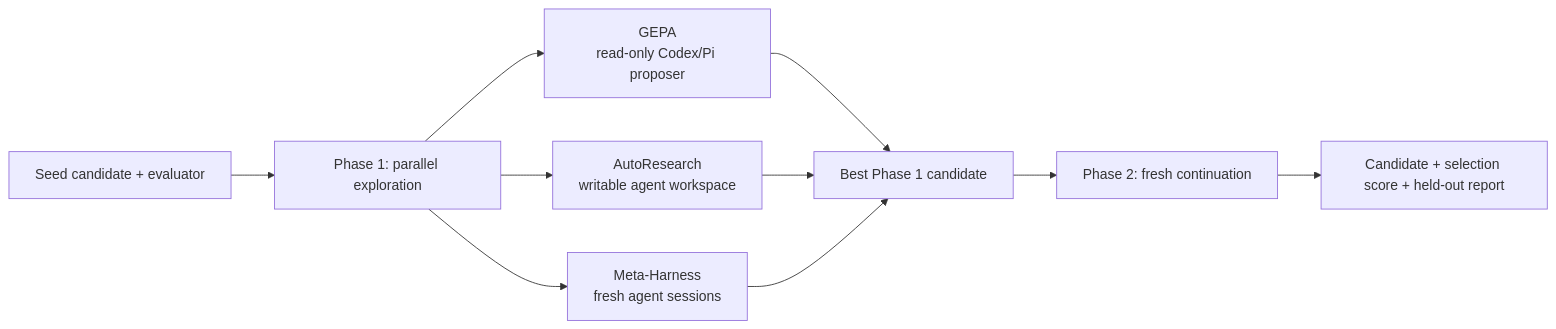
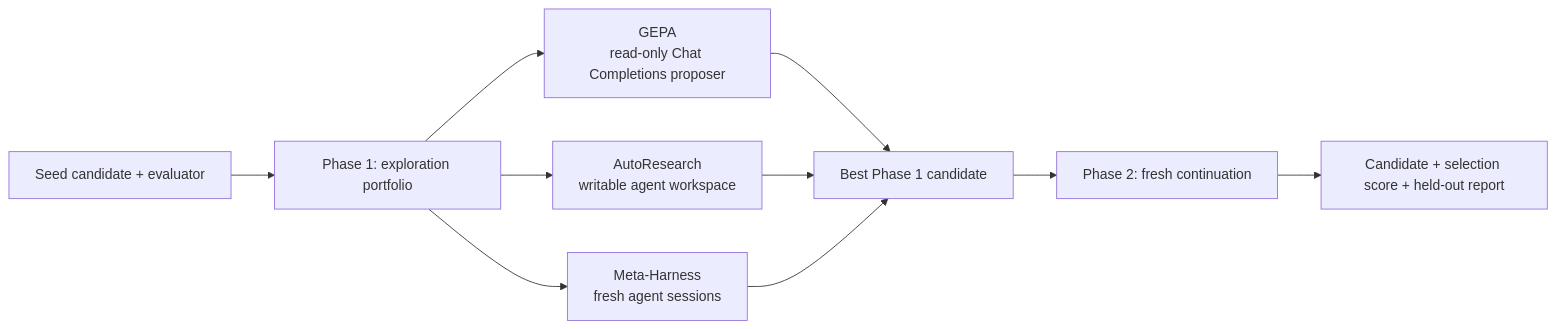
The diagram in README.md (Qredence/gepa-omni), drawn with Mermaid before and after one commit. The commit also changed other lines of this file and 37 other files, not shown here.

First line of the commit message:
feat: route GEPA Omni agents through Chat Completions

````diff
--- a/README.md
+++ b/README.md
@@ -61,12 +66,12 @@
 ```mermaid
 flowchart LR
-    seed["Seed candidate + evaluator"] --> explore["Phase 1: parallel exploration"]
-    explore --> gepa["GEPA\nread-only Codex/Pi proposer"]
+    seed["Seed candidate + evaluator"] --> explore["Phase 1: exploration portfolio"]
+    explore --> gepa["GEPA\nread-only Chat Completions proposer"]
     explore --> auto["AutoResearch\nwritable agent workspace"]
     explore --> meta["Meta-Harness\nfresh agent sessions"]
     gepa --> winner["Best Phase 1 candidate"]
     auto --> winner
     meta --> winner
     winner --> continuation["Phase 2: fresh continuation"]
     continuation --> result["Candidate + selection score + held-out report"]
 ```
````
